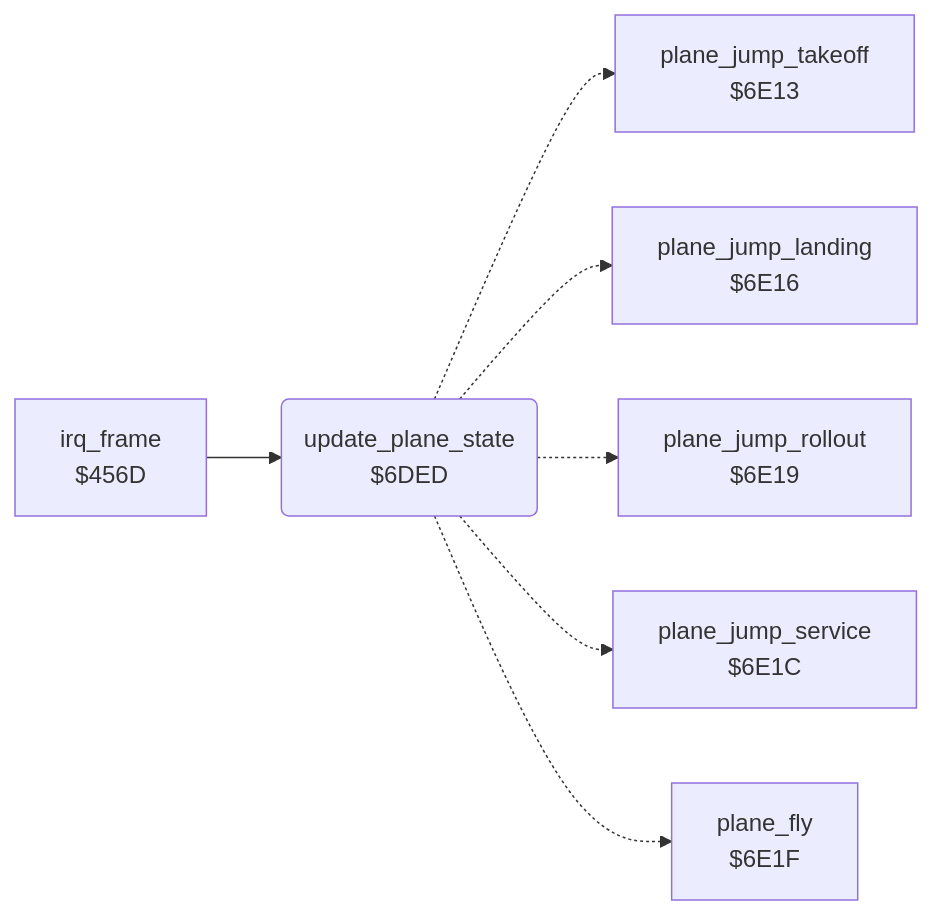
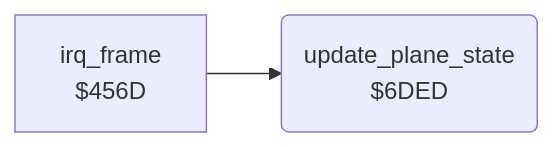
Before and after one commit to henols/c64_games: the diagram in blue_max/docs/reference/modules/plane/plane_state.md, drawn with Mermaid. The commit also changed other lines of this file and 1100 other files, not shown here.

````diff
--- a/blue_max/docs/reference/modules/plane/plane_state.md
+++ b/blue_max/docs/reference/modules/plane/plane_state.md
@@ -10,16 +16,6 @@
 ```mermaid
 flowchart LR
   n456d["irq_frame<br/>$456D"]
   n6ded("update_plane_state<br/>$6DED")
-  n6e13["plane_jump_takeoff<br/>$6E13"]
-  n6e16["plane_jump_landing<br/>$6E16"]
-  n6e19["plane_jump_rollout<br/>$6E19"]
-  n6e1c["plane_jump_service<br/>$6E1C"]
-  n6e1f["plane_fly<br/>$6E1F"]
   n456d --> n6ded
-  n6ded -.-> n6e13
-  n6ded -.-> n6e16
-  n6ded -.-> n6e19
-  n6ded -.-> n6e1c
-  n6ded -.-> n6e1f
 ```
````
